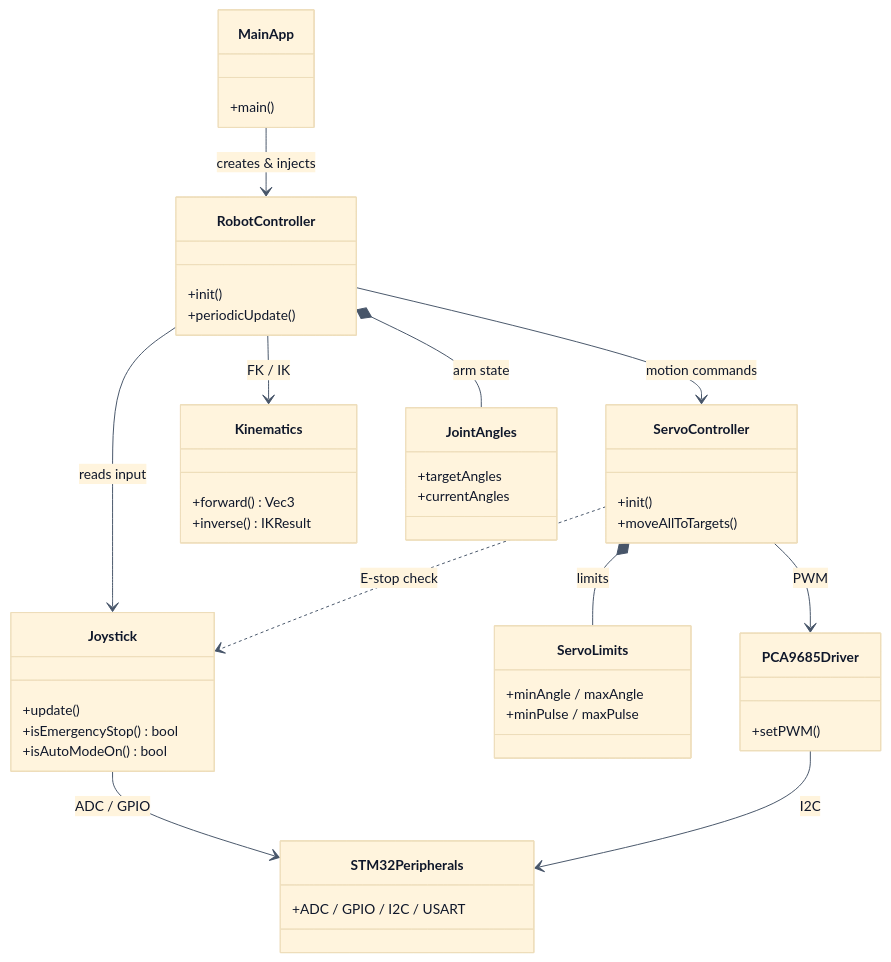
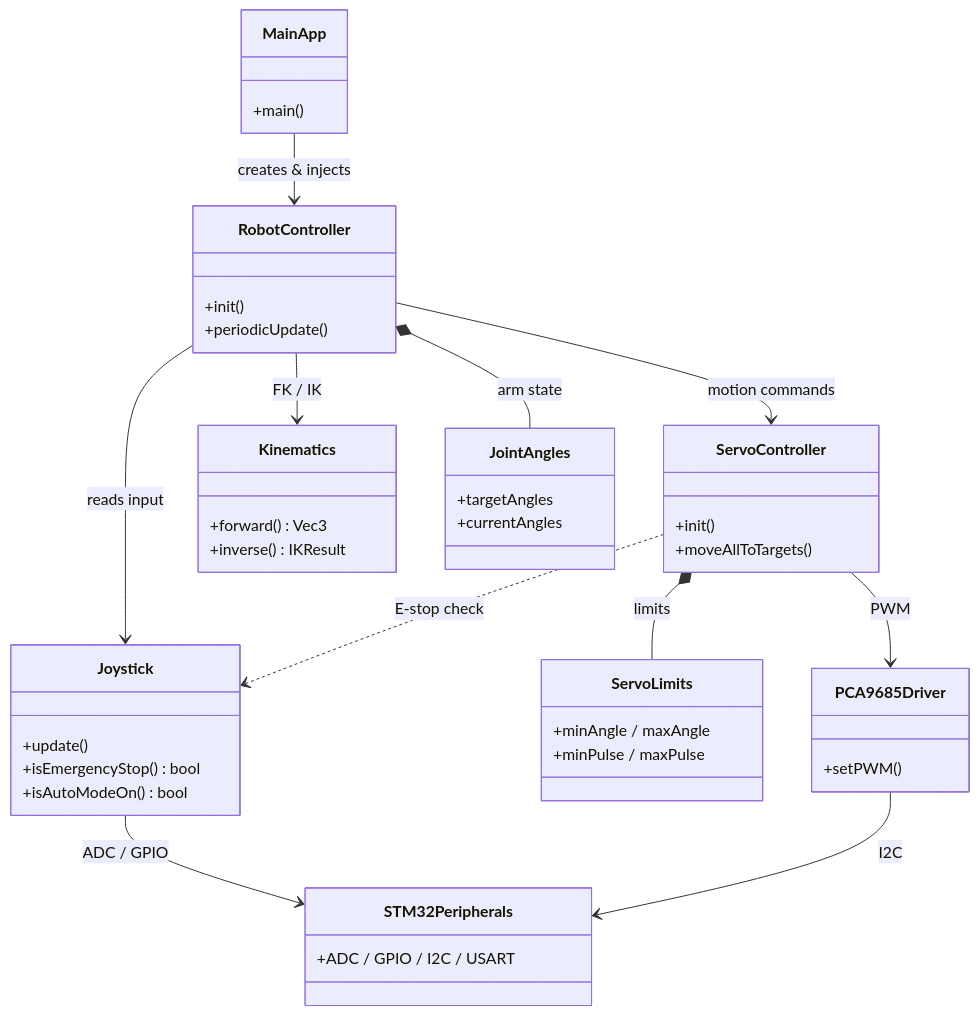
One commit to RegexCore/stm32-robot-arm-controller changed the diagram in README.md. Above: the diagram before and after it, drawn with Mermaid. The commit also changed other lines of this file, not shown here.

Commit message:
Refactor class diagram in README for improved clarity and remove unnecessary styling

````diff
--- a/README.md
+++ b/README.md
@@ -345,76 +343,53 @@
 ```mermaid
-%%{init: {
-  "theme": "base",
-  "themeVariables": {
-    "fontSize": "14px",
-    "lineColor": "#475569",
-    "primaryTextColor": "#0f172a"
-  }
-}}%%
 classDiagram
 direction TB
 
 class MainApp {
   +main()
 }
 class RobotController {
   +init()
   +periodicUpdate()
 }
 class Joystick {
   +update()
   +isEmergencyStop() bool
   +isAutoModeOn() bool
 }
 class ServoController {
   +init()
   +moveAllToTargets()
 }
 class Kinematics {
   +forward() Vec3
   +inverse() IKResult
 }
 class JointAngles {
   +targetAngles
   +currentAngles
 }
 class ServoLimits {
   +minAngle / maxAngle
   +minPulse / maxPulse
 }
 class PCA9685Driver {
   +setPWM()
 }
 class STM32Peripherals {
   +ADC / GPIO / I2C / USART
 }
 
 MainApp --> RobotController : creates & injects
 
 RobotController --> Joystick : reads input
 RobotController --> ServoController : motion commands
 RobotController --> Kinematics : FK / IK
 RobotController *-- JointAngles : arm state
 
 ServoController ..> Joystick : E-stop check
 ServoController *-- ServoLimits : limits
 ServoController --> PCA9685Driver : PWM
 
 Joystick --> STM32Peripherals : ADC / GPIO
 PCA9685Driver --> STM32Peripherals : I2C
-
-classDef app   fill:#dbeafe,stroke:#2563eb,stroke-width:2px,color:#1e3a8a;
-classDef lib   fill:#dcfce7,stroke:#16a34a,stroke-width:2px,color:#14532d;
-classDef model fill:#fef3c7,stroke:#d97706,stroke-width:2px,color:#78350f;
-classDef hw    fill:#ede9fe,stroke:#7c3aed,stroke-width:2px,color:#4c1d95;
-
-class MainApp:::app
-class RobotController:::app
-class Joystick:::lib
-class ServoController:::lib
-class Kinematics:::lib
-class JointAngles:::model
-class ServoLimits:::model
-class PCA9685Driver:::hw
-class STM32Peripherals:::hw
 ```
````
